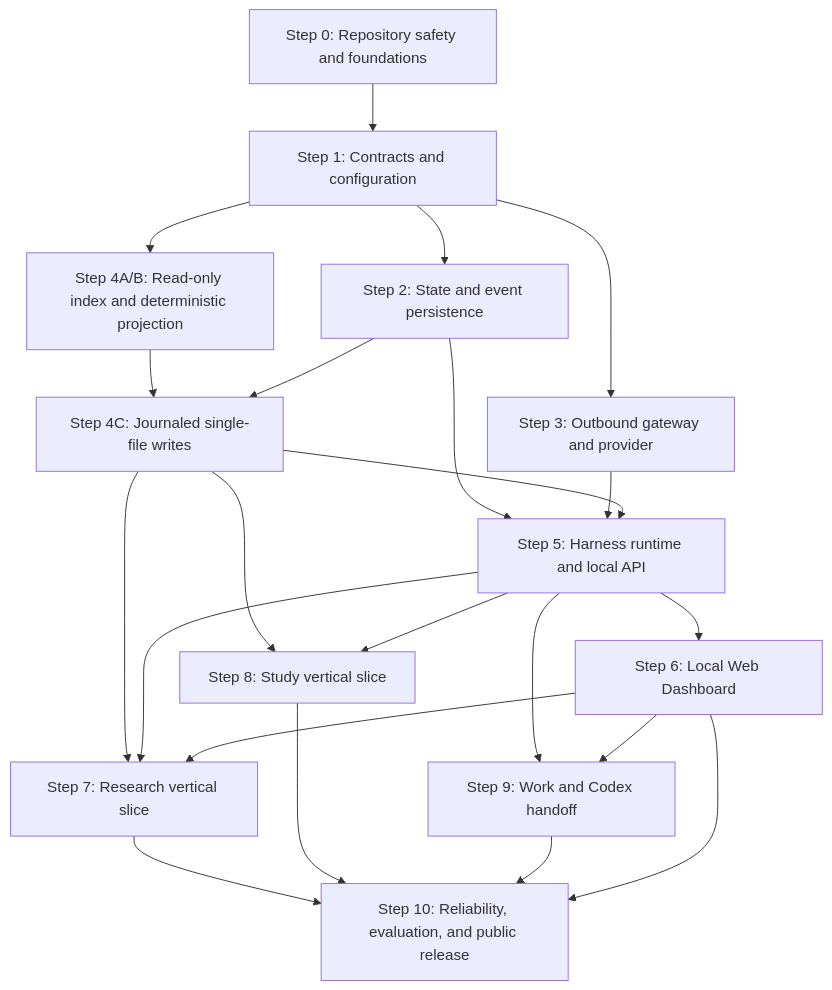
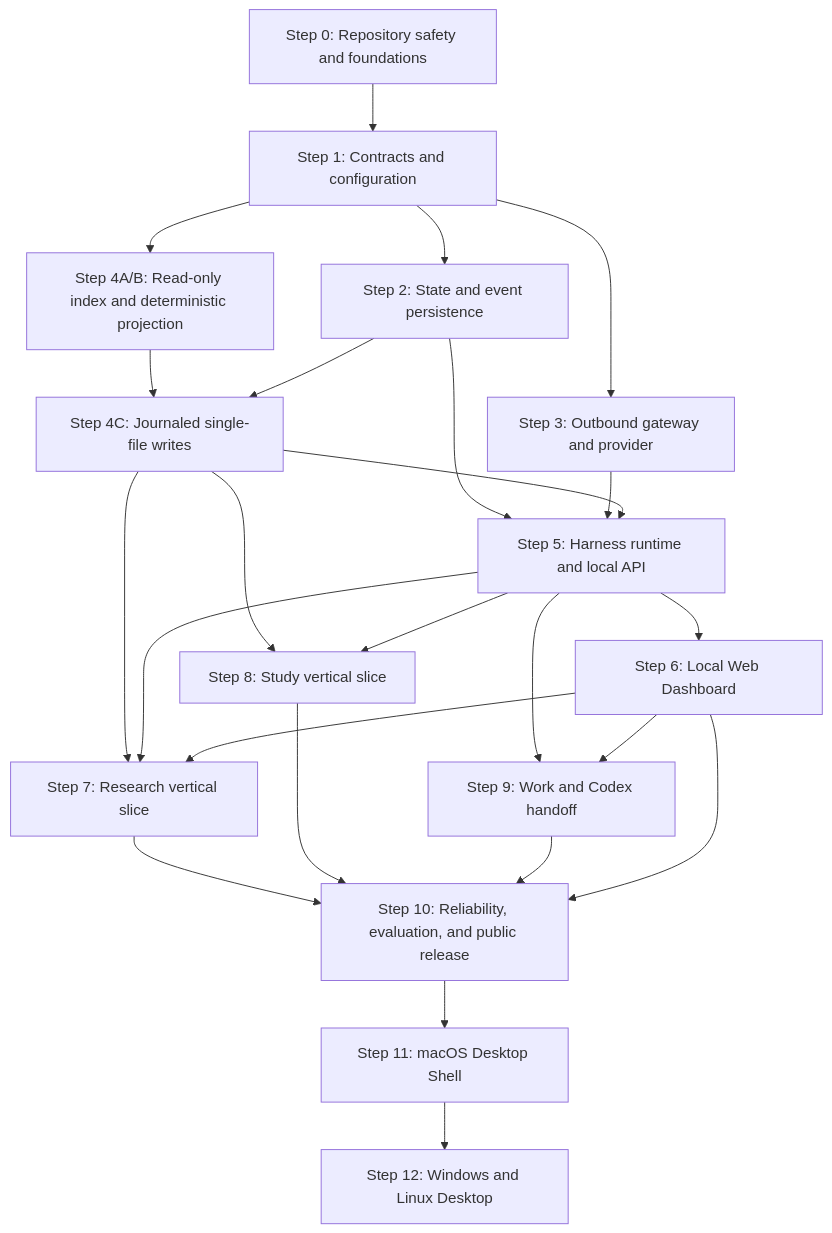
Before and after one commit to Totoro-qaq/restork: the diagram in plans/restork-v1-implementation.md, drawn with Mermaid. The commit also changed other lines of this file and 111 other files, not shown here.

First line of the commit message:
feat: ship governed dashboard and macOS desktop alpha (#57)

````diff
--- a/plans/restork-v1-implementation.md
+++ b/plans/restork-v1-implementation.md
@@ -66,24 +75,26 @@
 ```mermaid
 flowchart TD
   S0["Step 0: Repository safety and foundations"] --> S1["Step 1: Contracts and configuration"]
   S1 --> S2["Step 2: State and event persistence"]
   S1 --> S3["Step 3: Outbound gateway and provider"]
   S1 --> S4AB["Step 4A/B: Read-only index and deterministic projection"]
   S4AB --> S4C["Step 4C: Journaled single-file writes"]
   S2 --> S4C
   S2 --> S5["Step 5: Harness runtime and local API"]
   S3 --> S5
   S4C --> S5
   S5 --> S6["Step 6: Local Web Dashboard"]
   S4C --> S7["Step 7: Research vertical slice"]
   S5 --> S7
   S6 --> S7
   S4C --> S8["Step 8: Study vertical slice"]
   S5 --> S8
   S5 --> S9["Step 9: Work and Codex handoff"]
   S6 --> S9
   S7 --> S10["Step 10: Reliability, evaluation, and public release"]
   S8 --> S10
   S9 --> S10
   S6 --> S10
+  S10 --> S11["Step 11: macOS Desktop Shell"]
+  S11 --> S12["Step 12: Windows and Linux Desktop"]
 ```
````
